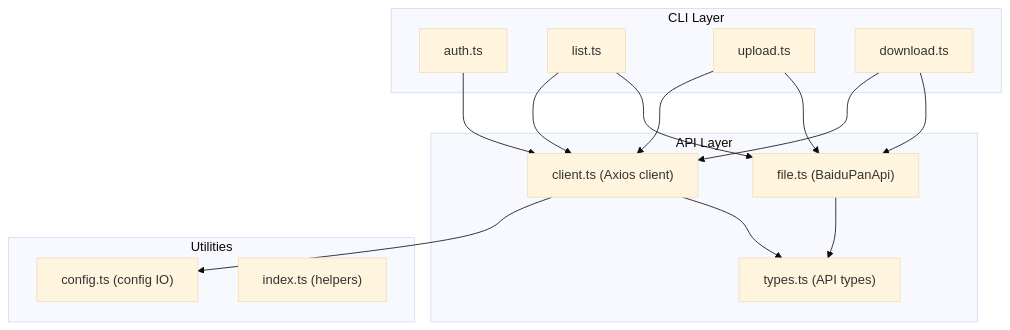
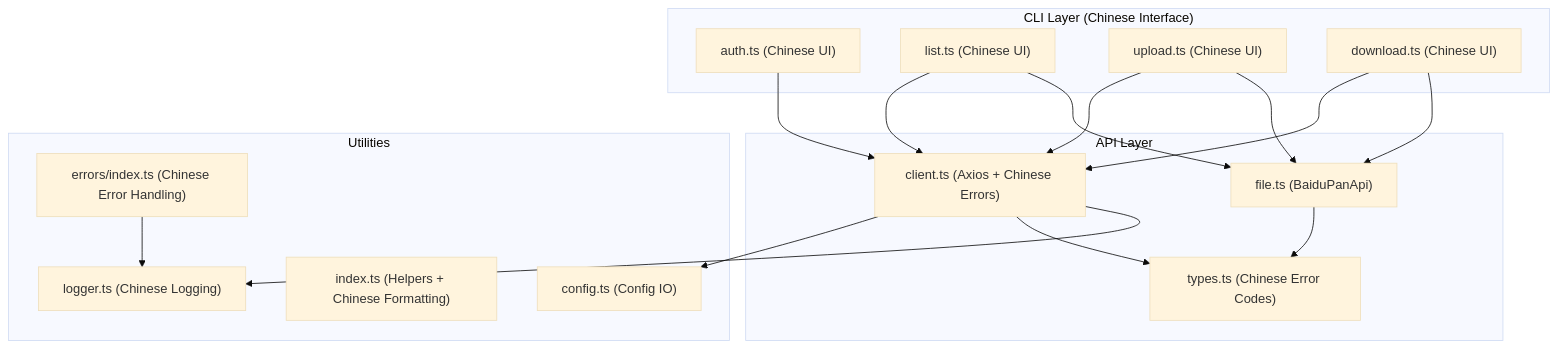
The second of 7 diagrams in .qoder/repowiki/en/content/Project Overview.md (yuexiaoliang/baiduwangpan-manager), drawn with Mermaid (base theme) before and after one commit. The commit also changed other lines of this file and 30 other files, not shown here.

````diff
--- a/.qoder/repowiki/en/content/Project Overview.md
+++ b/.qoder/repowiki/en/content/Project Overview.md
@@ -144,28 +166,32 @@
 ```mermaid
 graph TB
-subgraph "CLI Layer"
-CMD_AUTH["auth.ts"]
-CMD_LIST["list.ts"]
-CMD_UPLOAD["upload.ts"]
-CMD_DOWNLOAD["download.ts"]
+subgraph "CLI Layer (Chinese Interface)"
+CMD_AUTH["auth.ts (Chinese UI)"]
+CMD_LIST["list.ts (Chinese UI)"]
+CMD_UPLOAD["upload.ts (Chinese UI)"]
+CMD_DOWNLOAD["download.ts (Chinese UI)"]
 end
 subgraph "API Layer"
-CLIENT["client.ts (Axios client)"]
+CLIENT["client.ts (Axios + Chinese Errors)"]
 BAPI["file.ts (BaiduPanApi)"]
-TYPES["types.ts (API types)"]
+TYPES["types.ts (Chinese Error Codes)"]
 end
 subgraph "Utilities"
-CFG["config.ts (config IO)"]
-UTL["index.ts (helpers)"]
+CFG["config.ts (Config IO)"]
+UTL["index.ts (Helpers + Chinese Formatting)"]
+LOGGER["logger.ts (Chinese Logging)"]
+ERRORS["errors/index.ts (Chinese Error Handling)"]
 end
 CMD_AUTH --> CLIENT
 CMD_LIST --> CLIENT
 CMD_UPLOAD --> CLIENT
 CMD_DOWNLOAD --> CLIENT
 CLIENT --> CFG
 CLIENT --> TYPES
+CLIENT --> LOGGER
 BAPI --> TYPES
 CMD_UPLOAD --> BAPI
 CMD_DOWNLOAD --> BAPI
 CMD_LIST --> BAPI
+ERRORS --> LOGGER
 ```
````
